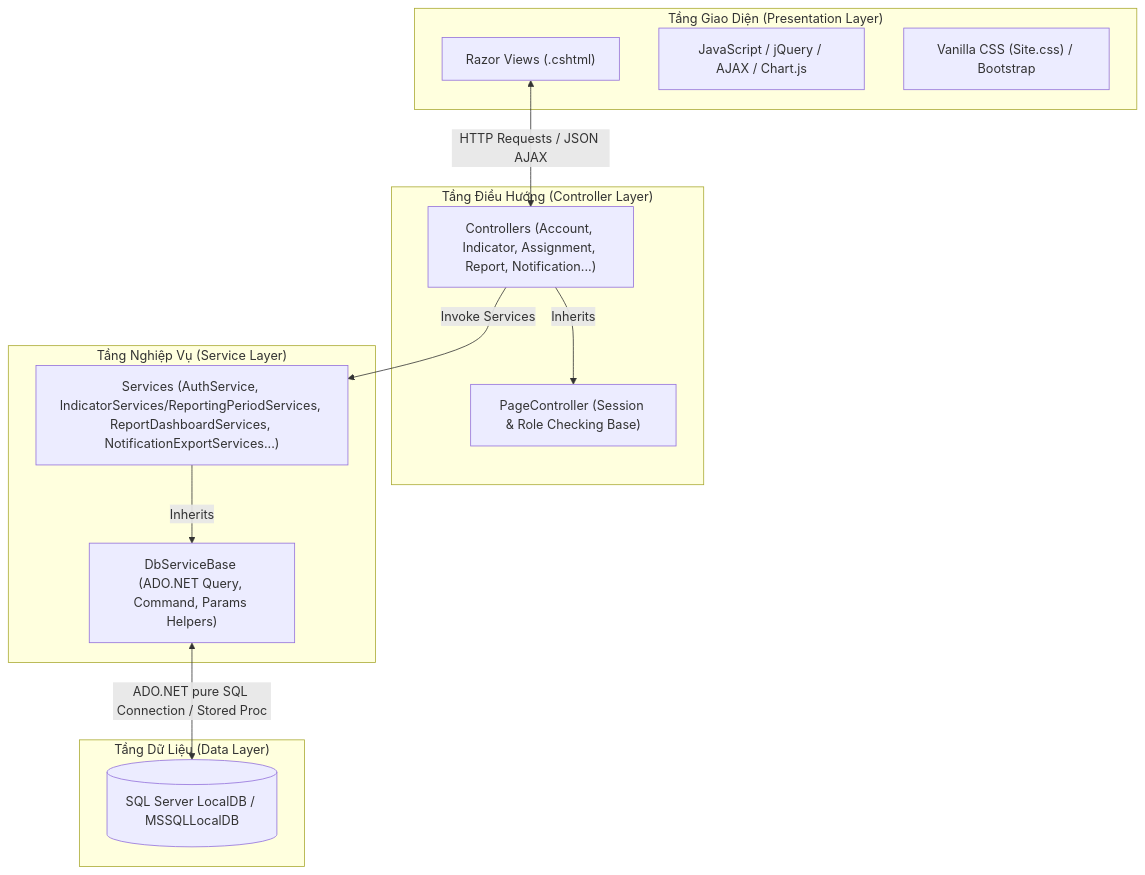
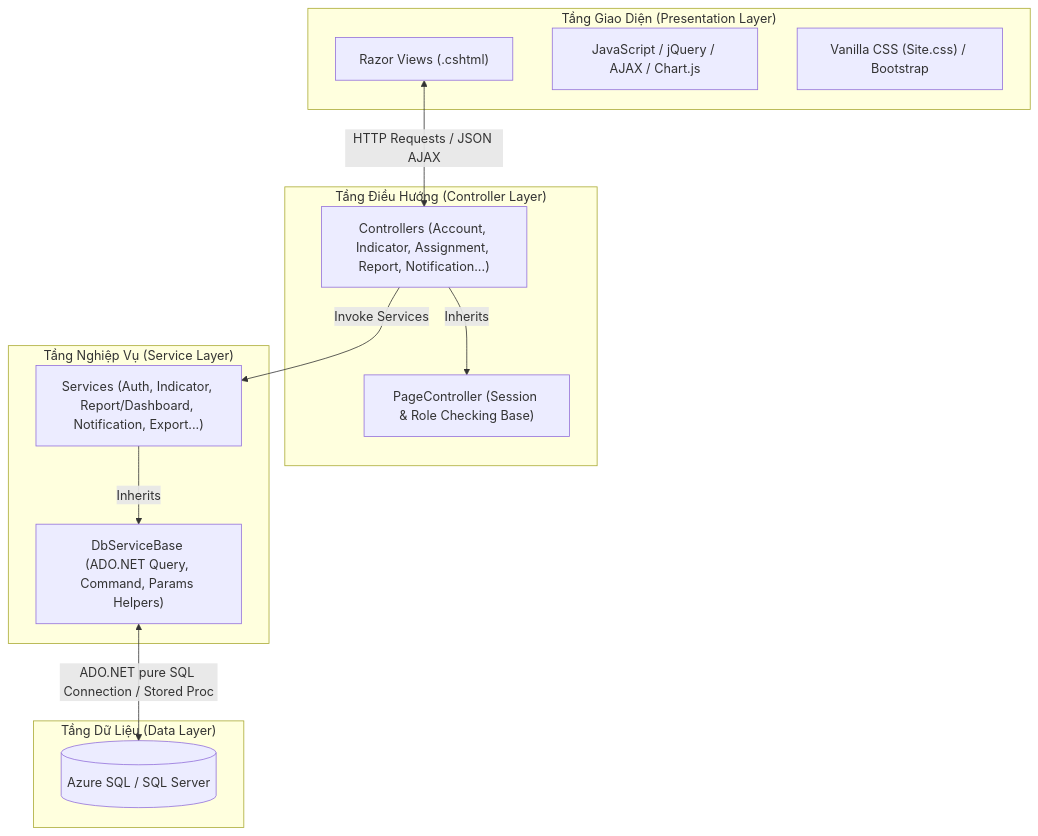
The first of 6 diagrams in HospitalQualityDashboard-demo/Tai_Lieu/Phan Tich Thiet Ke He Thong Chi Tiet.md (HospitalQualityDashboard-team/HospitalQualityDashboard-demo), drawn with Mermaid before and after one commit. The commit also changed other lines of this file and 8 other files, not shown here.

````diff
--- a/HospitalQualityDashboard-demo/Tai_Lieu/Phan Tich Thiet Ke He Thong Chi Tiet.md
+++ b/HospitalQualityDashboard-demo/Tai_Lieu/Phan Tich Thiet Ke He Thong Chi Tiet.md
@@ -13,28 +13,28 @@
 ```mermaid
 flowchart TD
     subgraph UI_Layer ["Tầng Giao Diện (Presentation Layer)"]
         View["Razor Views (.cshtml)"]
         JS["JavaScript / jQuery / AJAX / Chart.js"]
         CSS["Vanilla CSS (Site.css) / Bootstrap"]
     end
 
     subgraph Controller_Layer ["Tầng Điều Hướng (Controller Layer)"]
         PageCtrl["PageController (Session & Role Checking Base)"]
         Ctrl["Controllers (Account, Indicator, Assignment, Report, Notification...)"]
     end
 
     subgraph Business_Layer ["Tầng Nghiệp Vụ (Service Layer)"]
         SvcBase["DbServiceBase (ADO.NET Query, Command, Params Helpers)"]
-        Svc["Services (AuthService, IndicatorServices/ReportingPeriodServices, ReportDashboardServices, NotificationExportServices...)"]
+        Svc["Services (Auth, Indicator, Report/Dashboard, Notification, Export...)"]
     end
 
     subgraph DB_Layer ["Tầng Dữ Liệu (Data Layer)"]
-        DB[(SQL Server LocalDB / MSSQLLocalDB)]
+        DB[(Azure SQL / SQL Server)]
     end
 
     View <-->|HTTP Requests / JSON AJAX| Ctrl
     Ctrl -->|Inherits| PageCtrl
     Ctrl -->|Invoke Services| Svc
     Svc -->|Inherits| SvcBase
     SvcBase <-->|ADO.NET pure SQL Connection / Stored Proc| DB
 ```
````
